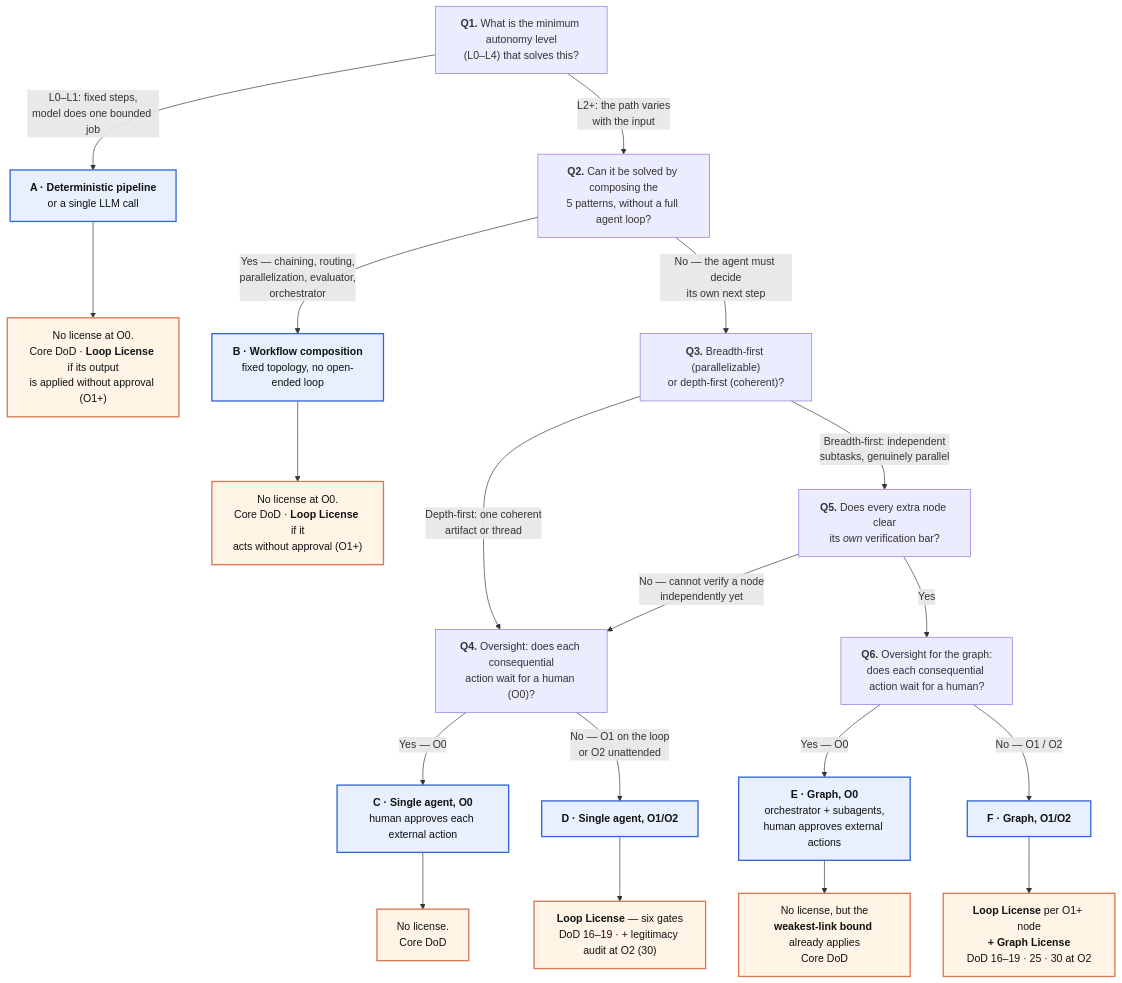
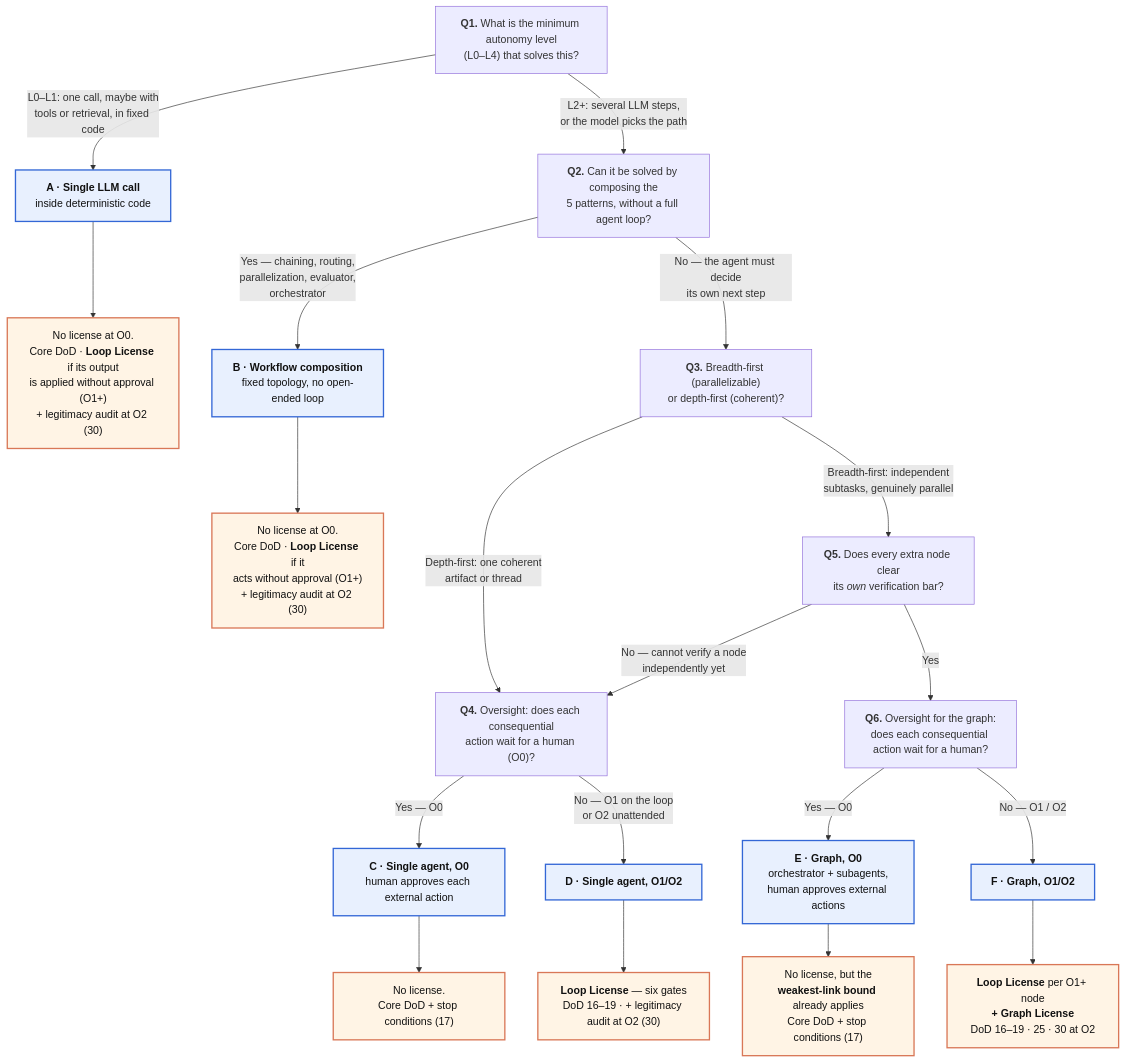
Before and after one commit to Moai-Team-LLC/agentic-product-standard: the diagram in templates/decision-tree/README.md, drawn with Mermaid. The commit also changed other lines of this file and 26 other files, not shown here.

````diff
--- a/templates/decision-tree/README.md
+++ b/templates/decision-tree/README.md
@@ -15,38 +15,38 @@
 ```mermaid
 flowchart TD
     Q1["<b>Q1.</b> What is the minimum autonomy level<br/>(L0–L4) that solves this?"]
-    Q1 -->|"L0–L1: fixed steps,<br/>model does one bounded job"| A["<b>A · Deterministic pipeline</b><br/>or a single LLM call"]
-    Q1 -->|"L2+: the path varies<br/>with the input"| Q2
+    Q1 -->|"L0–L1: one call, maybe with<br/>tools or retrieval, in fixed code"| A["<b>A · Single LLM call</b><br/>inside deterministic code"]
+    Q1 -->|"L2+: several LLM steps,<br/>or the model picks the path"| Q2
 
     Q2["<b>Q2.</b> Can it be solved by composing the<br/>5 patterns, without a full agent loop?"]
     Q2 -->|"Yes — chaining, routing,<br/>parallelization, evaluator,<br/>orchestrator"| B["<b>B · Workflow composition</b><br/>fixed topology, no open-ended loop"]
     Q2 -->|"No — the agent must decide<br/>its own next step"| Q3
 
     Q3["<b>Q3.</b> Breadth-first (parallelizable)<br/>or depth-first (coherent)?"]
     Q3 -->|"Depth-first: one coherent<br/>artifact or thread"| Q4
     Q3 -->|"Breadth-first: independent<br/>subtasks, genuinely parallel"| Q5
 
     Q4["<b>Q4.</b> Oversight: does each consequential<br/>action wait for a human (O0)?"]
     Q4 -->|"Yes — O0"| C["<b>C · Single agent, O0</b><br/>human approves each external action"]
     Q4 -->|"No — O1 on the loop<br/>or O2 unattended"| D["<b>D · Single agent, O1/O2</b>"]
 
     Q5["<b>Q5.</b> Does every extra node clear<br/>its <i>own</i> verification bar?"]
     Q5 -->|"No — cannot verify a node<br/>independently yet"| Q4
     Q5 -->|Yes| Q6
 
     Q6["<b>Q6.</b> Oversight for the graph:<br/>does each consequential action wait for a human?"]
     Q6 -->|"Yes — O0"| E["<b>E · Graph, O0</b><br/>orchestrator + subagents,<br/>human approves external actions"]
     Q6 -->|"No — O1 / O2"| F["<b>F · Graph, O1/O2</b>"]
 
-    A --> LA["No license at O0.<br/>Core DoD · <b>Loop License</b> if its output<br/>is applied without approval (O1+)"]
-    B --> LB["No license at O0.<br/>Core DoD · <b>Loop License</b> if it<br/>acts without approval (O1+)"]
-    C --> LC["No license.<br/>Core DoD"]
+    A --> LA["No license at O0.<br/>Core DoD · <b>Loop License</b> if its output<br/>is applied without approval (O1+)<br/>+ legitimacy audit at O2 (30)"]
+    B --> LB["No license at O0.<br/>Core DoD · <b>Loop License</b> if it<br/>acts without approval (O1+)<br/>+ legitimacy audit at O2 (30)"]
+    C --> LC["No license.<br/>Core DoD + stop conditions (17)"]
     D --> LD["<b>Loop License</b> — six gates<br/>DoD 16–19 · + legitimacy audit at O2 (30)"]
-    E --> LE["No license, but the<br/><b>weakest-link bound</b> already applies<br/>Core DoD"]
+    E --> LE["No license, but the<br/><b>weakest-link bound</b> already applies<br/>Core DoD + stop conditions (17)"]
     F --> LF["<b>Loop License</b> per O1+ node<br/><b>+ Graph License</b><br/>DoD 16–19 · 25 · 30 at O2"]
 
     classDef leaf fill:#e8f0fe,stroke:#3367d6,stroke-width:2px,color:#111
     classDef lic fill:#fff4e5,stroke:#d97757,stroke-width:2px,color:#111
     class A,B,C,D,E,F leaf
     class LA,LB,LC,LD,LE,LF lic
 ```
````
